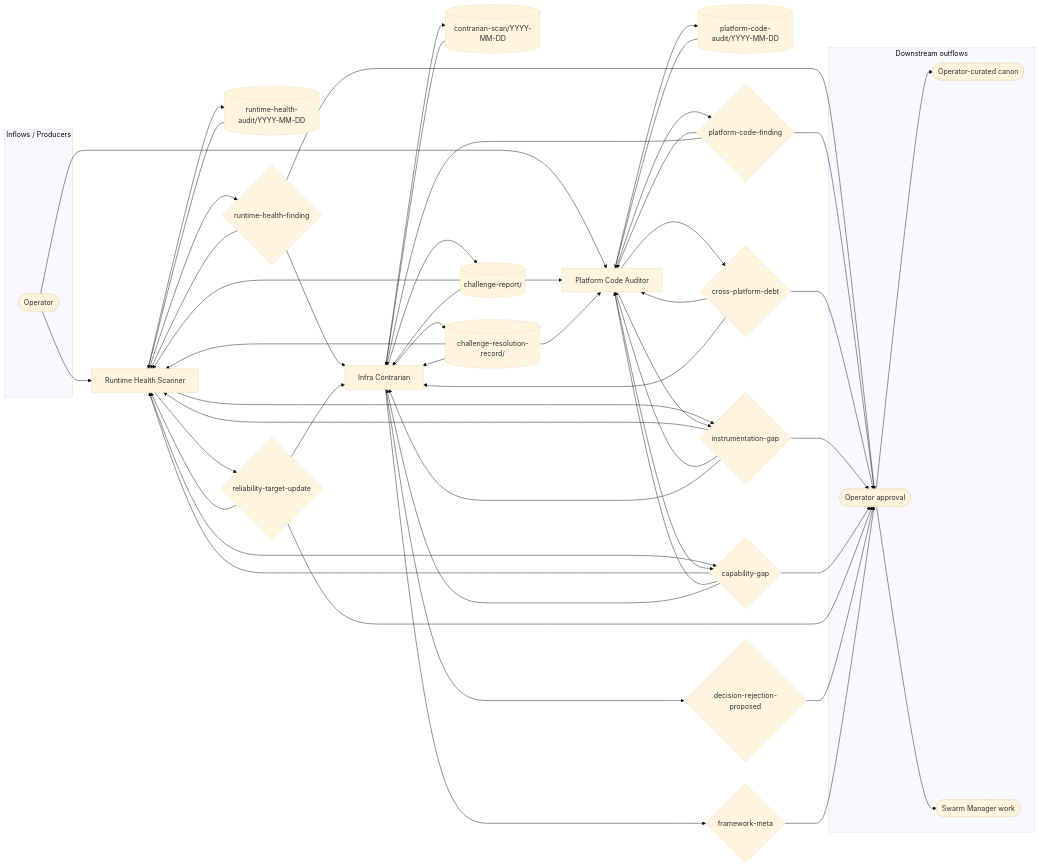
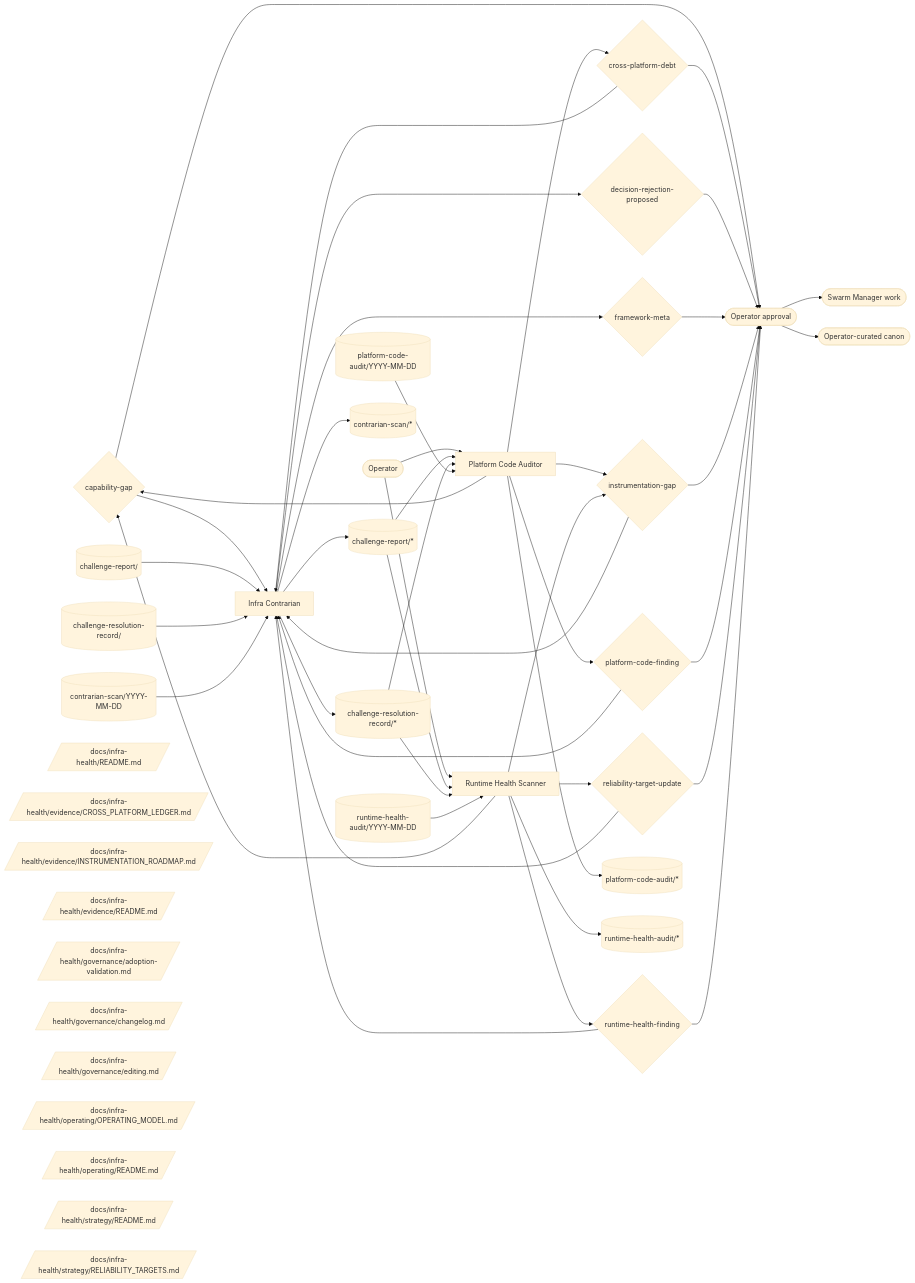
Before and after one commit to Vrooli/Vrooli: the diagram in docs/infra-health/operating/OPERATING_MODEL.md, drawn with Mermaid (base theme). The commit also changed other lines of this file and 63 other files, not shown here.

````diff
--- a/docs/infra-health/operating/OPERATING_MODEL.md
+++ b/docs/infra-health/operating/OPERATING_MODEL.md
@@ -79,107 +79,118 @@
 ```mermaid
 flowchart LR
-  subgraph INFLOWS["Inflows / Producers"]
-    %% @node OP external:operator
-    OP([Operator])
-  end
-
-  %% Members
-  %% @node RHS member:runtime-health-scanner
-  RHS[Runtime Health Scanner]
-  %% @node PCA member:platform-code-auditor
-  PCA[Platform Code Auditor]
-  %% @node IC member:infra-contrarian
-  IC[Infra Contrarian]
-
-  %% Topics
-  %% @node RHA topic:runtime-health-audit/YYYY-MM-DD
-  RHA[(runtime-health-audit/YYYY-MM-DD)]
-  %% @node PCAUD topic:platform-code-audit/YYYY-MM-DD
-  PCAUD[(platform-code-audit/YYYY-MM-DD)]
-  %% @node CS topic:contrarian-scan/YYYY-MM-DD
-  CS[(contrarian-scan/YYYY-MM-DD)]
+  %% @node APPROVAL process:operator-approval
+  APPROVAL([Operator approval])
+  %% @node CANON process:operator-curated-canon
+  CANON([Operator-curated canon])
+  %% @node CG decision:capability-gap
+  CG{capability-gap}
+  %% @node CPD decision:cross-platform-debt
+  CPD{cross-platform-debt}
   %% @node CR topic:challenge-report/<decision-id>
   CR[(challenge-report/<decision-id>)]
   %% @node CRR topic:challenge-resolution-record/<decision-id>
   CRR[(challenge-resolution-record/<decision-id>)]
-  %% Decisions
-  %% @node RHF decision:runtime-health-finding
-  RHF{runtime-health-finding}
-  %% @node PCF decision:platform-code-finding
-  PCF{platform-code-finding}
-  %% @node CPD decision:cross-platform-debt
-  CPD{cross-platform-debt}
-  %% @node IG decision:instrumentation-gap
-  IG{instrumentation-gap}
-  %% @node CG decision:capability-gap
-  CG{capability-gap}
-  %% @node RTU decision:reliability-target-update
-  RTU{reliability-target-update}
+  %% @node CS topic:contrarian-scan/YYYY-MM-DD
+  CS[(contrarian-scan/YYYY-MM-DD)]
   %% @node DRP decision:decision-rejection-proposed
   DRP{decision-rejection-proposed}
   %% @node FM decision:framework-meta
   FM{framework-meta}
+  %% @node IC member:infra-contrarian
+  IC[Infra Contrarian]
+  %% @node IG decision:instrumentation-gap
+  IG{instrumentation-gap}
+  %% @node OP external:operator
+  OP([Operator])
+  %% @node PCA member:platform-code-auditor
+  PCA[Platform Code Auditor]
+  %% @node PCAUD topic:platform-code-audit/YYYY-MM-DD
+  PCAUD[(platform-code-audit/YYYY-MM-DD)]
+  %% @node PCF decision:platform-code-finding
+  PCF{platform-code-finding}
+  %% @node RHA topic:runtime-health-audit/YYYY-MM-DD
+  RHA[(runtime-health-audit/YYYY-MM-DD)]
+  %% @node RHF decision:runtime-health-finding
+  RHF{runtime-health-finding}
+  %% @node RHS member:runtime-health-scanner
+  RHS[Runtime Health Scanner]
+  %% @node RTU decision:reliability-target-update
+  RTU{reliability-target-update}
+  %% @node SWARM external:swarm-manager-work
+  SWARM([Swarm Manager work])
+  %% @node DOCSINFRAHEA por:docs/infra-health/README.md
+  DOCSINFRAHEA[/docs/infra-health/README.md/]
+  %% @node DOCSINFRAHEA2 por:docs/infra-health/evidence/CROSS_PLATFORM_LEDGER.md
+  DOCSINFRAHEA2[/docs/infra-health/evidence/CROSS_PLATFORM_LEDGER.md/]
+  %% @node DOCSINFRAHEA3 por:docs/infra-health/evidence/INSTRUMENTATION_ROADMAP.md
+  DOCSINFRAHEA3[/docs/infra-health/evidence/INSTRUMENTATION_ROADMAP.md/]
+  %% @node DOCSINFRAHEA4 por:docs/infra-health/evidence/README.md
+  DOCSINFRAHEA4[/docs/infra-health/evidence/README.md/]
+  %% @node DOCSINFRAHEA5 por:docs/infra-health/governance/adoption-validation.md
+  DOCSINFRAHEA5[/docs/infra-health/governance/adoption-validation.md/]
+  %% @node DOCSINFRAHEA6 por:docs/infra-health/governance/changelog.md
+  DOCSINFRAHEA6[/docs/infra-health/governance/changelog.md/]
+  %% @node DOCSINFRAHEA7 por:docs/infra-health/governance/editing.md
+  DOCSINFRAHEA7[/docs/infra-health/governance/editing.md/]
+  %% @node DOCSINFRAHEA8 por:docs/infra-health/operating/OPERATING_MODEL.md
+  DOCSINFRAHEA8[/docs/infra-health/operating/OPERATING_MODEL.md/]
+  %% @node DOCSINFRAHEA9 por:docs/infra-health/operating/README.md
+  DOCSINFRAHEA9[/docs/infra-health/operating/README.md/]
+  %% @node DOCSINFRAHEA10 por:docs/infra-health/strategy/README.md
+  DOCSINFRAHEA10[/docs/infra-health/strategy/README.md/]
+  %% @node DOCSINFRAHEA11 por:docs/infra-health/strategy/RELIABILITY_TARGETS.md
+  DOCSINFRAHEA11[/docs/infra-health/strategy/RELIABILITY_TARGETS.md/]
+  %% @node CHALLENGEREP topic:challenge-report/*
+  CHALLENGEREP[(challenge-report/*)]
+  %% @node CHALLENGERES topic:challenge-resolution-record/*
+  CHALLENGERES[(challenge-resolution-record/*)]
+  %% @node CONTRARIANSC topic:contrarian-scan/*
+  CONTRARIANSC[(contrarian-scan/*)]
+  %% @node PLATFORMCODE topic:platform-code-audit/*
+  PLATFORMCODE[(platform-code-audit/*)]
+  %% @node RUNTIMEHEALT topic:runtime-health-audit/*
+  RUNTIMEHEALT[(runtime-health-audit/*)]
 
-  subgraph OUTFLOWS["Downstream outflows"]
-    %% @node APPROVAL process:operator-approval
-    APPROVAL([Operator approval])
-    %% @node CANON process:operator-curated-canon
-    CANON([Operator-curated canon])
-    %% @node SWARM external:swarm-manager-work
-    SWARM([Swarm Manager work])
-  end
-
+  CG --> IC
+  CG --> APPROVAL
+  CPD --> IC
+  CPD --> APPROVAL
+  DRP --> APPROVAL
+  FM --> APPROVAL
+  IG --> IC
+  IG --> APPROVAL
+  PCF --> IC
+  PCF --> APPROVAL
+  RTU --> IC
+  RTU --> APPROVAL
+  RHF --> IC
+  RHF --> APPROVAL
+  OP --> PCA
   OP --> RHS
-  OP --> PCA
-  RHA --> RHS
-  CR --> RHS
-  CRR --> RHS
-  RHF --> RHS
-  IG --> RHS
-  CG --> RHS
-  RTU --> RHS
-  RHS --> RHA
-  RHS --> RHF
-  RHS --> IG
-  RHS --> CG
-  RHS --> RTU
-
-  PCAUD --> PCA
-  CR --> PCA
-  CRR --> PCA
-  PCF --> PCA
-  CPD --> PCA
-  IG --> PCA
-  CG --> PCA
-  PCA --> PCAUD
-  PCA --> PCF
+  IC --> DRP
+  IC --> FM
+  IC --> CHALLENGEREP
+  IC --> CHALLENGERES
+  IC --> CONTRARIANSC
+  PCA --> CG
   PCA --> CPD
   PCA --> IG
-  PCA --> CG
-
+  PCA --> PCF
+  PCA --> PLATFORMCODE
+  RHS --> CG
+  RHS --> IG
+  RHS --> RTU
+  RHS --> RHF
+  RHS --> RUNTIMEHEALT
+  APPROVAL --> SWARM
+  APPROVAL --> CANON
+  CHALLENGEREP --> PCA
+  CHALLENGEREP --> RHS
+  CR --> IC
+  CHALLENGERES --> PCA
+  CHALLENGERES --> RHS
+  CRR --> IC
   CS --> IC
-  CR --> IC
-  CRR --> IC
-  RHF --> IC
-  PCF --> IC
-  CPD --> IC
-  IG --> IC
-  CG --> IC
-  RTU --> IC
-  IC --> CS
-  IC --> CR
-  IC --> CRR
-  IC --> DRP
-  IC --> FM
-
-  RHF --> APPROVAL
-  PCF --> APPROVAL
-  CPD --> APPROVAL
-  IG --> APPROVAL
-  CG --> APPROVAL
-  RTU --> APPROVAL
-  DRP --> APPROVAL
-  FM --> APPROVAL
-  APPROVAL --> CANON
-  APPROVAL --> SWARM
+  PCAUD --> PCA
+  RHA --> RHS
 ```
````
